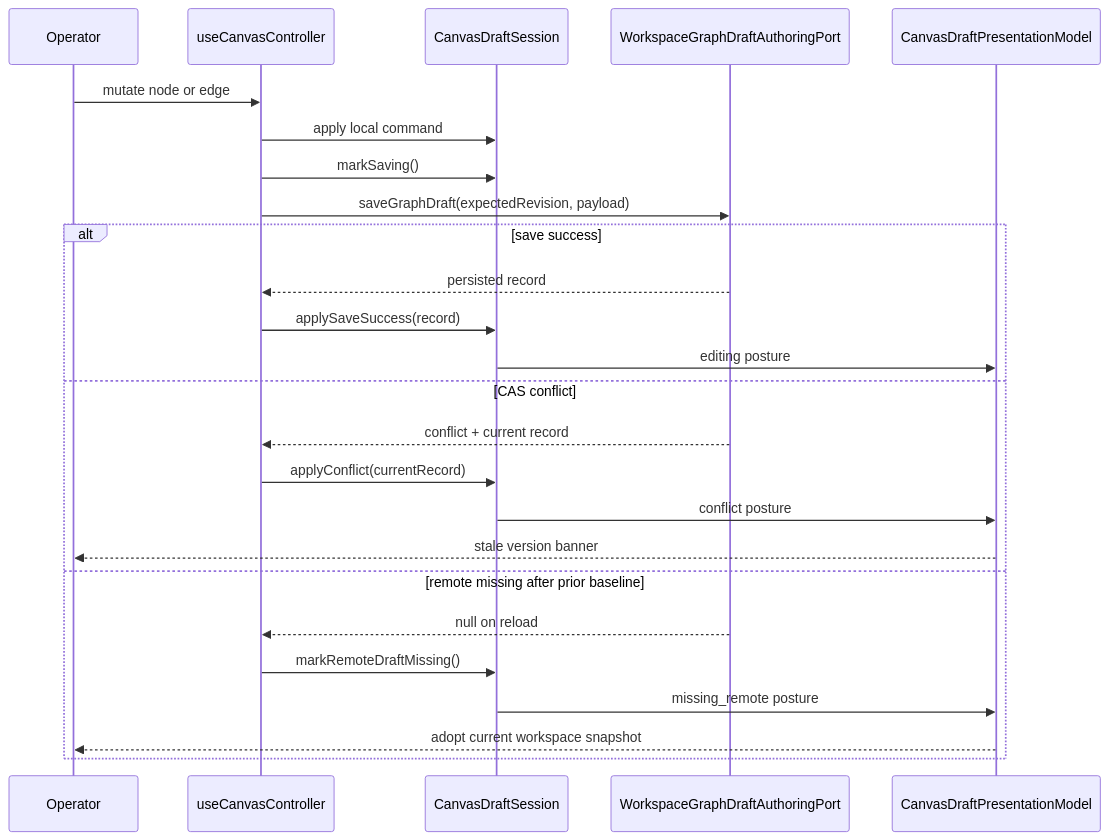
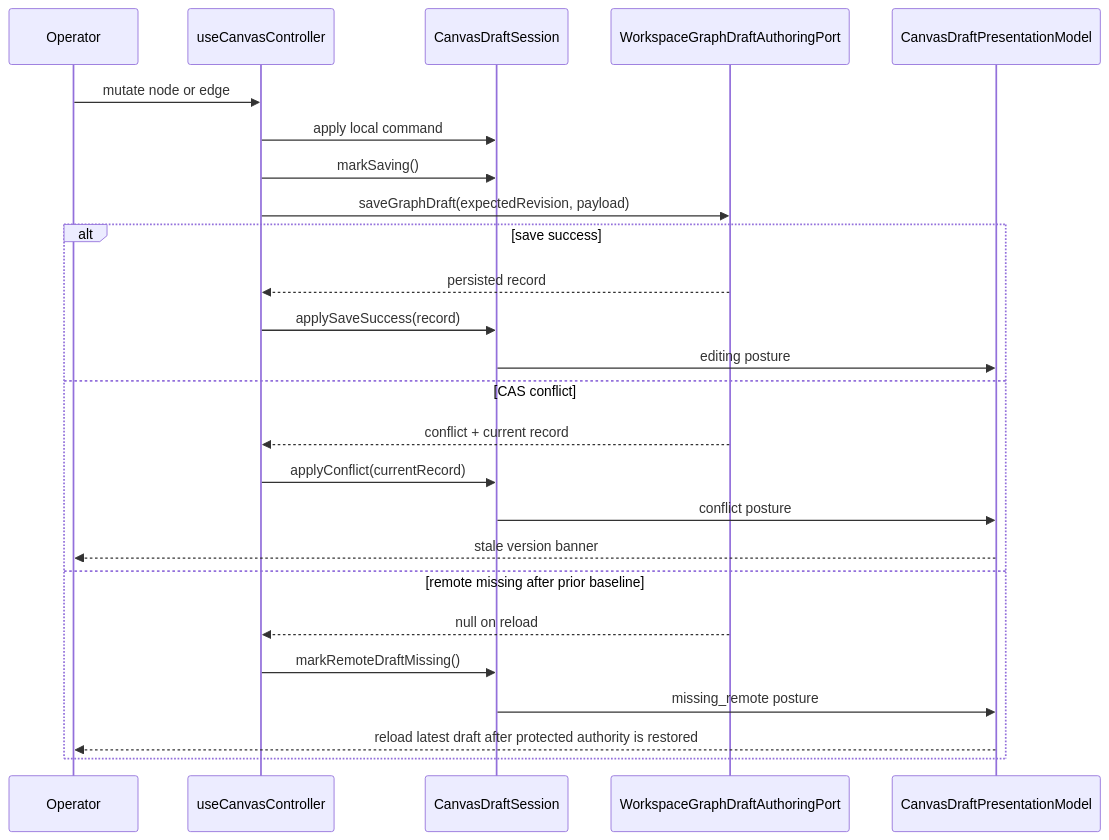
Before and after one commit to dunay2/dvt: the sixth of 9 diagrams in docs/planning/proposals/mandatory/frontend-and-ux/tf-e2-canvas-target-architecture-execution-plan-20260417.md, drawn with Mermaid. The commit also changed other lines of this file and 119 other files, not shown here.

````diff
--- a/docs/planning/proposals/mandatory/frontend-and-ux/tf-e2-canvas-target-architecture-execution-plan-20260417.md
+++ b/docs/planning/proposals/mandatory/frontend-and-ux/tf-e2-canvas-target-architecture-execution-plan-20260417.md
@@ -627,28 +636,28 @@
 ```mermaid
 sequenceDiagram
   participant Operator as Operator
   participant Controller as useCanvasController
   participant Session as CanvasDraftSession
   participant DraftPort as WorkspaceGraphDraftAuthoringPort
   participant Presentation as CanvasDraftPresentationModel
 
   Operator->>Controller: mutate node or edge
   Controller->>Session: apply local command
   Controller->>Session: markSaving()
   Controller->>DraftPort: saveGraphDraft(expectedRevision, payload)
   alt save success
     DraftPort-->>Controller: persisted record
     Controller->>Session: applySaveSuccess(record)
     Session->>Presentation: editing posture
   else CAS conflict
     DraftPort-->>Controller: conflict + current record
     Controller->>Session: applyConflict(currentRecord)
     Session->>Presentation: conflict posture
     Presentation-->>Operator: stale version banner
   else remote missing after prior baseline
     DraftPort-->>Controller: null on reload
     Controller->>Session: markRemoteDraftMissing()
     Session->>Presentation: missing_remote posture
-    Presentation-->>Operator: adopt current workspace snapshot
+    Presentation-->>Operator: reload latest draft after protected authority is restored
   end
 ```
````
